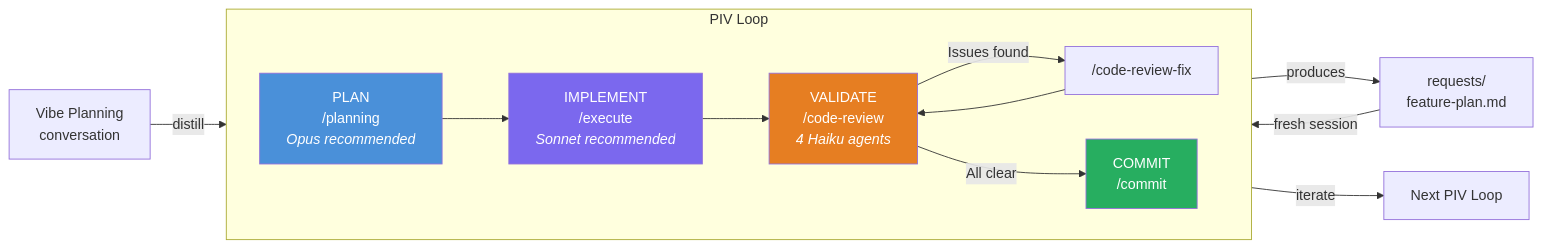
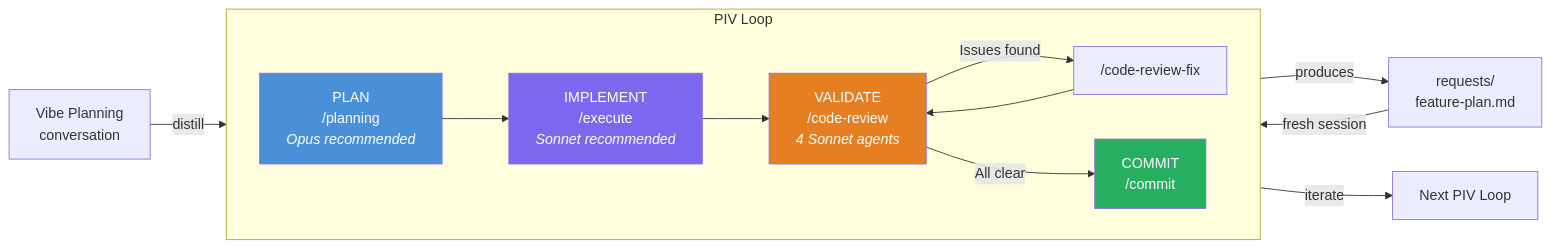
The first of 9 diagrams in README.md (ryanjosebrosas/original-coding-system-claude), drawn with Mermaid before and after one commit. The commit also changed other lines of this file, not shown here.

First line of the commit message:
docs(readme): fix stale Haiku model references — all agents are Sonnet

````diff
--- a/README.md
+++ b/README.md
@@ -69,25 +69,25 @@
 ```mermaid
 graph LR
     subgraph "PIV Loop"
         direction LR
         P["PLAN<br/>/planning<br/><i>Opus recommended</i>"]
         I["IMPLEMENT<br/>/execute<br/><i>Sonnet recommended</i>"]
-        V["VALIDATE<br/>/code-review<br/><i>4 Haiku agents</i>"]
+        V["VALIDATE<br/>/code-review<br/><i>4 Sonnet agents</i>"]
         C["COMMIT<br/>/commit"]
 
         P --> I --> V
         V -->|"Issues found"| FIX["/code-review-fix"]
         FIX --> V
         V -->|"All clear"| C
     end
 
     VIBE["Vibe Planning<br/>conversation"] -->|"distill"| P
     P -->|"produces"| PLAN["requests/<br/>feature-plan.md"]
     PLAN -->|"fresh session"| I
     C -->|"iterate"| NEXT["Next PIV Loop"]
 
     style P fill:#4a90d9,color:#fff
     style I fill:#7b68ee,color:#fff
     style V fill:#e67e22,color:#fff
     style C fill:#27ae60,color:#fff
 ```
````
